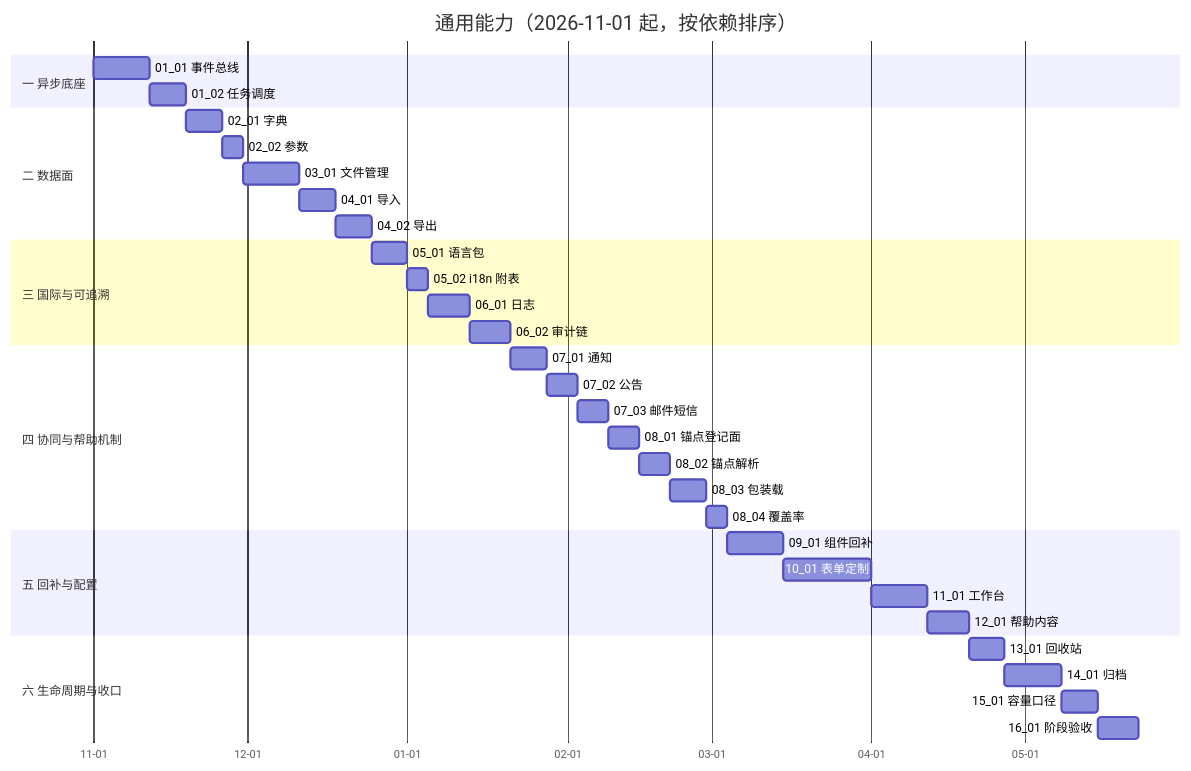
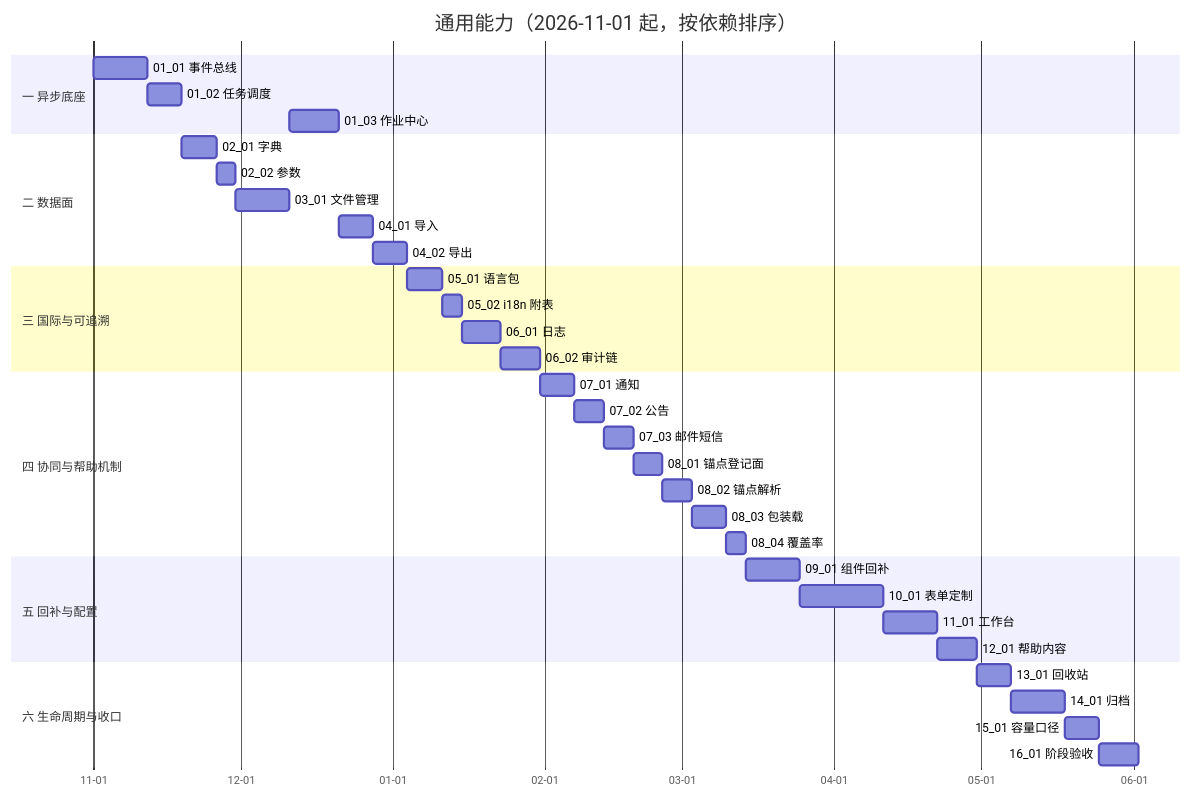
One commit to minjian123/basic-management-system changed the diagram in bms文档/项目/08_通用能力/计划/01_计划_通用能力.md. Above: the diagram before and after it, drawn with Mermaid. The commit also changed other lines of this file and 17 other files, not shown here.

````diff
--- a/bms文档/项目/08_通用能力/计划/01_计划_通用能力.md
+++ b/bms文档/项目/08_通用能力/计划/01_计划_通用能力.md
@@ -55,38 +56,39 @@
 ```mermaid
 gantt
     title 通用能力（2026-11-01 起，按依赖排序）
     dateFormat YYYY-MM-DD
     axisFormat %m-%d
     section 一 异步底座
     01_01 事件总线 :t0101, 2026-11-01, 11d
     01_02 任务调度 :t0102, after t0101, 7d
+    01_03 作业中心 :t0103, 2026-12-11, 10d
     section 二 数据面
     02_01 字典 :t0201, after t0102, 7d
     02_02 参数 :t0202, after t0201, 4d
     03_01 文件管理 :t0301, after t0202, 11d
-    04_01 导入 :t0401, after t0301, 7d
+    04_01 导入 :t0401, after t0103, 7d
     04_02 导出 :t0402, after t0401, 7d
     section 三 国际与可追溯
     05_01 语言包 :t0501, after t0402, 7d
     05_02 i18n 附表 :t0502, after t0501, 4d
     06_01 日志 :t0601, after t0502, 8d
     06_02 审计链 :t0602, after t0601, 8d
     section 四 协同与帮助机制
     07_01 通知 :t0701, after t0602, 7d
     07_02 公告 :t0702, after t0701, 6d
     07_03 邮件短信 :t0703, after t0702, 6d
     08_01 锚点登记面 :t0801, after t0703, 6d
     08_02 锚点解析 :t0802, after t0801, 6d
     08_03 包装载 :t0803, after t0802, 7d
     08_04 覆盖率 :t0804, after t0803, 4d
     section 五 回补与配置
     09_01 组件回补 :t0901, after t0804, 11d
     10_01 表单定制 :t1001, after t0901, 17d
     11_01 工作台 :t1101, after t1001, 11d
     12_01 帮助内容 :t1201, after t1101, 8d
     section 六 生命周期与收口
     13_01 回收站 :t1301, after t1201, 7d
     14_01 归档 :t1401, after t1301, 11d
     15_01 容量口径 :t1501, after t1401, 7d
     16_01 阶段验收 :t1601, after t1501, 8d
 ```
````
